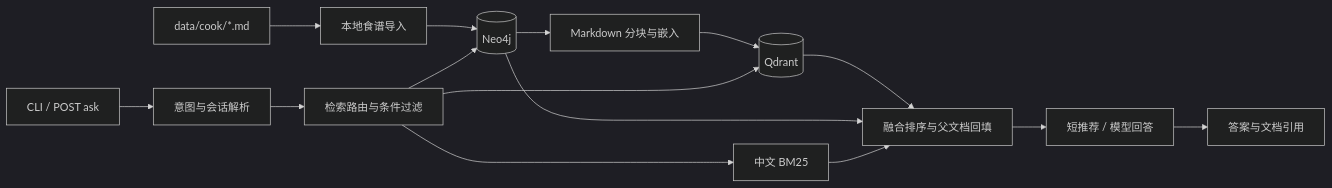
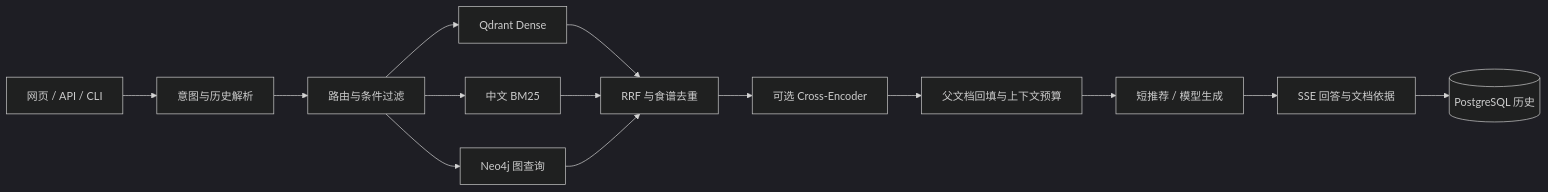
One commit to leonbuilds-ai/cook_rag changed the second of 2 diagrams in README.md. Above: the diagram before and after it, drawn with Mermaid (dark theme). The commit also changed other lines of this file, not shown here.

Commit message:
Document platform stack, ingestion flow and evaluation setup

````diff
--- a/README.md
+++ b/README.md
@@ -64,17 +104,16 @@
 ```mermaid
 flowchart LR
-    M["data/cook/*.md"] --> I[本地食谱导入]
-    I --> N[(Neo4j)]
-    N --> C[Markdown 分块与嵌入]
-    C --> Q[(Qdrant)]
-    U[CLI / POST ask] --> H[意图与会话解析]
-    H --> R[检索路由与条件过滤]
-    R --> Q
-    R --> N
-    R --> B[中文 BM25]
-    Q --> F[融合排序与父文档回填]
-    N --> F
-    B --> F
-    F --> A[短推荐 / 模型回答]
-    A --> S[答案与文档引用]
+    U[网页 / API / CLI] --> H[意图与历史解析]
+    H --> F[路由与条件过滤]
+    F --> D[Qdrant Dense]
+    F --> B[中文 BM25]
+    F --> G[Neo4j 图查询]
+    D --> R[RRF 与食谱去重]
+    B --> R
+    G --> R
+    R --> C[可选 Cross-Encoder]
+    C --> P[父文档回填与上下文预算]
+    P --> A[短推荐 / 模型生成]
+    A --> S[SSE 回答与文档依据]
+    S --> DB[(PostgreSQL 历史)]
 ```
````
